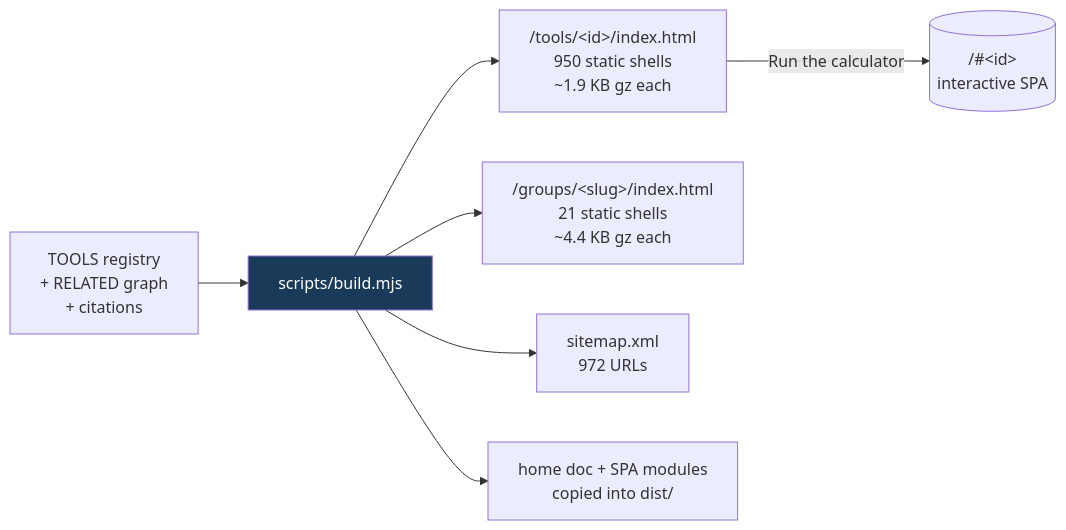
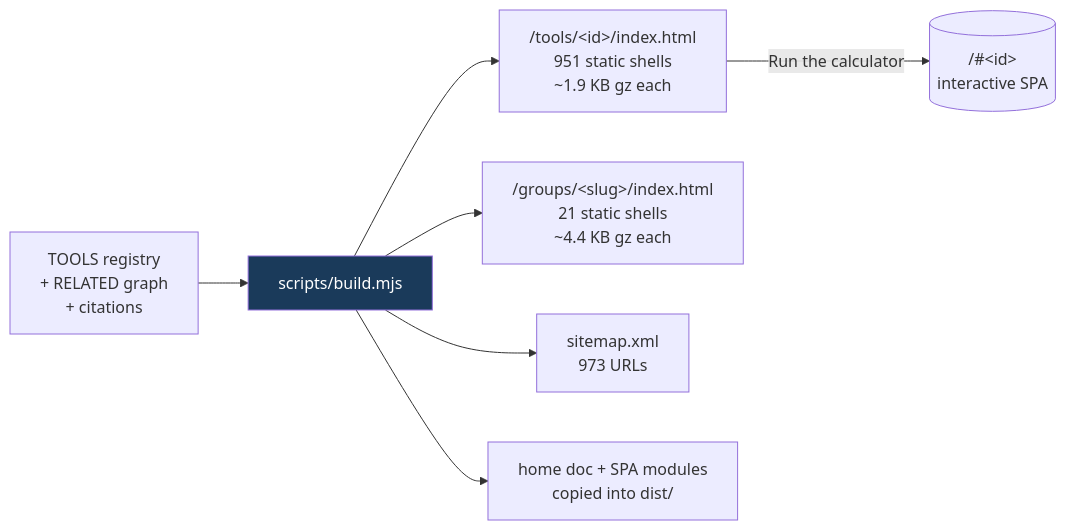
One commit to clay-good/roughlogic.com changed the fifth of 8 diagrams in README.md. Above: the diagram before and after it, drawn with Mermaid. The commit also changed other lines of this file and 12 other files, not shown here.

````diff
--- a/README.md
+++ b/README.md
@@ -495,10 +495,10 @@
 ```mermaid
 flowchart LR
     SRC[TOOLS registry\n+ RELATED graph\n+ citations] --> BUILD[scripts/build.mjs]
-    BUILD --> TILE["/tools/&lt;id&gt;/index.html\n950 static shells\n~1.9 KB gz each"]
+    BUILD --> TILE["/tools/&lt;id&gt;/index.html\n951 static shells\n~1.9 KB gz each"]
     BUILD --> GROUP["/groups/&lt;slug&gt;/index.html\n21 static shells\n~4.4 KB gz each"]
-    BUILD --> MAP["sitemap.xml\n972 URLs"]
+    BUILD --> MAP["sitemap.xml\n973 URLs"]
     BUILD --> COPY[home doc + SPA modules\ncopied into dist/]
     TILE -->|Run the calculator| SPA[("/#&lt;id&gt;\ninteractive SPA")]
     style BUILD fill:#1a3a5a,color:#fff
 ```
````
